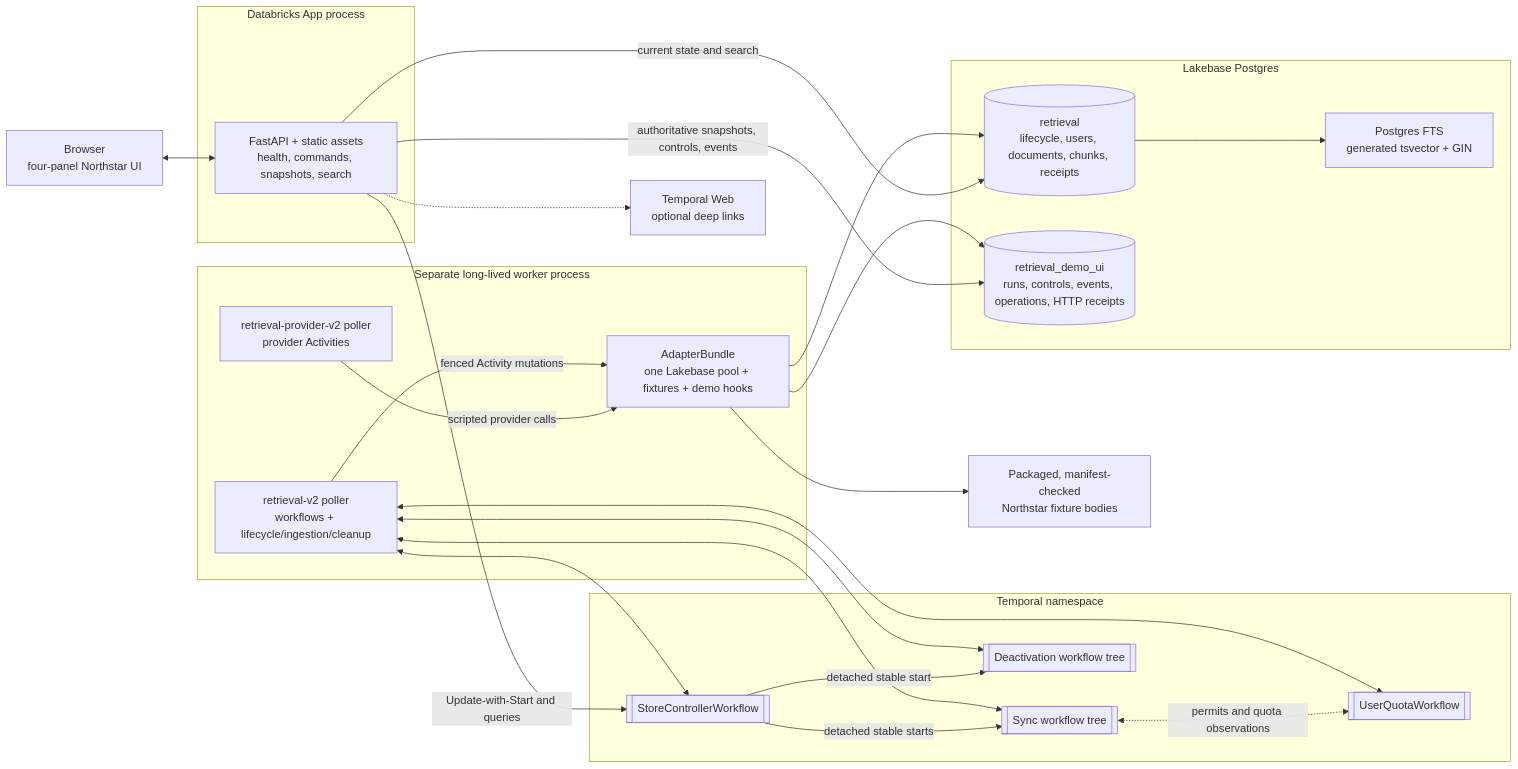
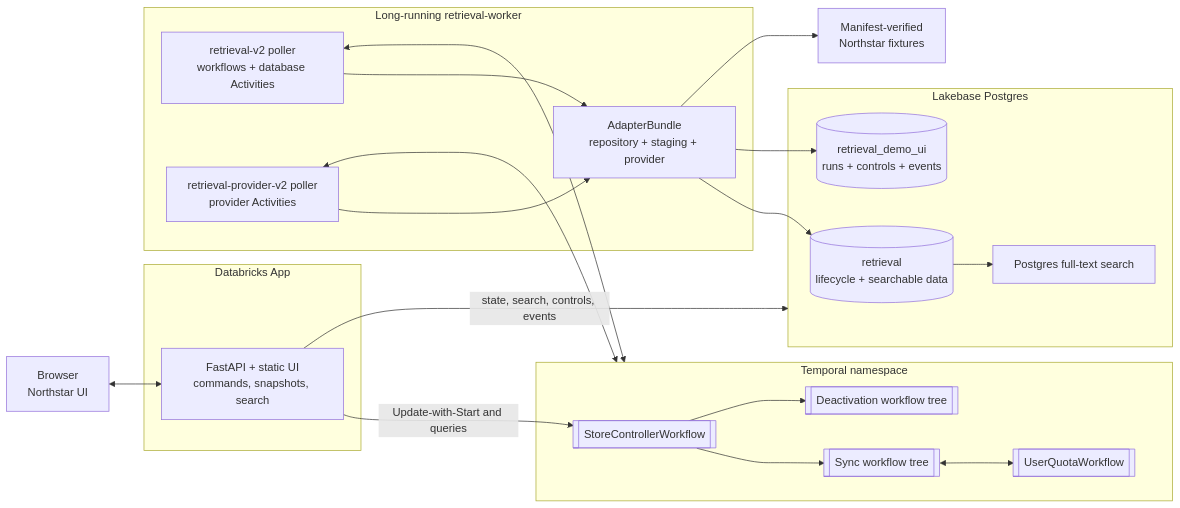
One commit to temporal-sa/golden-retriever changed the first of 8 diagrams in docs/workflow-topology.md. Above: the diagram before and after it, drawn with Mermaid. The commit also changed other lines of this file and 15 other files, not shown here.

````diff
--- a/docs/workflow-topology.md
+++ b/docs/workflow-topology.md
@@ -10,51 +17,44 @@
 ```mermaid
 flowchart LR
-    browser["Browser<br/>four-panel Northstar UI"]
+    browser["Browser<br/>Northstar UI"]
 
-    subgraph appProcess["Databricks App process"]
-        app["FastAPI + static assets<br/>health, commands, snapshots, search"]
+    subgraph appProcess["Databricks App"]
+        app["FastAPI + static UI<br/>commands, snapshots, search"]
     end
 
     subgraph temporal["Temporal namespace"]
         controller[["StoreControllerWorkflow"]]
         sync[["Sync workflow tree"]]
         quota[["UserQuotaWorkflow"]]
         deactivate[["Deactivation workflow tree"]]
     end
 
-    subgraph workerProcess["Separate long-lived worker process"]
-        retrievalQueue["retrieval-v2 poller<br/>workflows + lifecycle/ingestion/cleanup"]
+    subgraph workerProcess["Long-running retrieval-worker"]
+        retrievalQueue["retrieval-v2 poller<br/>workflows + database Activities"]
         providerQueue["retrieval-provider-v2 poller<br/>provider Activities"]
-        bundle["AdapterBundle<br/>one Lakebase pool + fixtures + demo hooks"]
+        adapters["AdapterBundle<br/>repository + staging + provider"]
     end
 
     subgraph database["Lakebase Postgres"]
-        core[("retrieval<br/>lifecycle, users, documents, chunks, receipts")]
-        demo[("retrieval_demo_ui<br/>runs, controls, events, operations, HTTP receipts")]
-        fts["Postgres FTS<br/>generated tsvector + GIN"]
+        core[("retrieval<br/>lifecycle + searchable data")]
+        demo[("retrieval_demo_ui<br/>runs + controls + events")]
+        fts["Postgres full-text search"]
     end
 
-    fixtures["Packaged, manifest-checked<br/>Northstar fixture bodies"]
-    web["Temporal Web<br/>optional deep links"]
+    fixtures["Manifest-verified<br/>Northstar fixtures"]
 
     browser <--> app
     app -->|"Update-with-Start and queries"| controller
-    app -->|"authoritative snapshots, controls, events"| demo
-    app -->|"current state and search"| core
-    app -.-> web
-
-    controller -->|"detached stable starts"| sync
-    controller -->|"detached stable start"| deactivate
-    sync <-.->|"permits and quota observations"| quota
-
-    retrievalQueue <--> controller
-    retrievalQueue <--> sync
-    retrievalQueue <--> quota
-    retrievalQueue <--> deactivate
-    providerQueue -->|"scripted provider calls"| bundle
-    retrievalQueue -->|"fenced Activity mutations"| bundle
-    bundle --> core
-    bundle --> demo
-    bundle --> fixtures
+    app -->|"state, search, controls, events"| database
+    controller --> sync
+    controller --> deactivate
+    sync <--> quota
+    retrievalQueue <--> temporal
+    providerQueue <--> temporal
+    retrievalQueue --> adapters
+    providerQueue --> adapters
+    adapters --> core
+    adapters --> demo
+    adapters --> fixtures
     core --> fts
 ```
````
